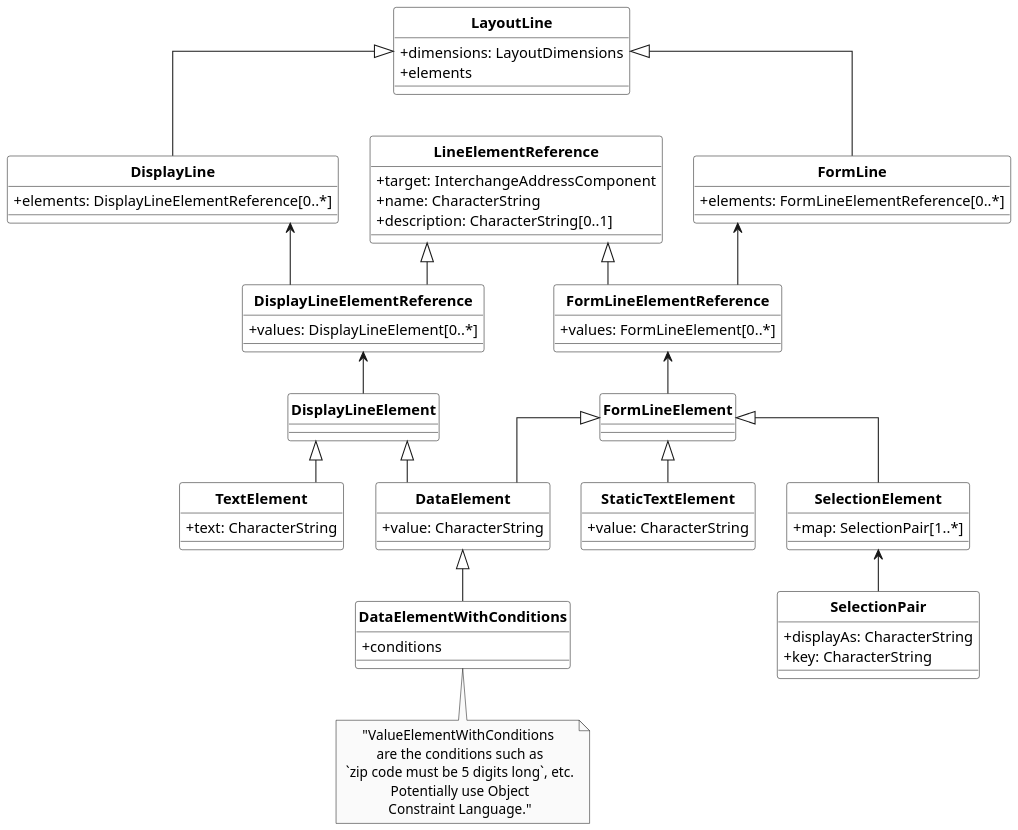
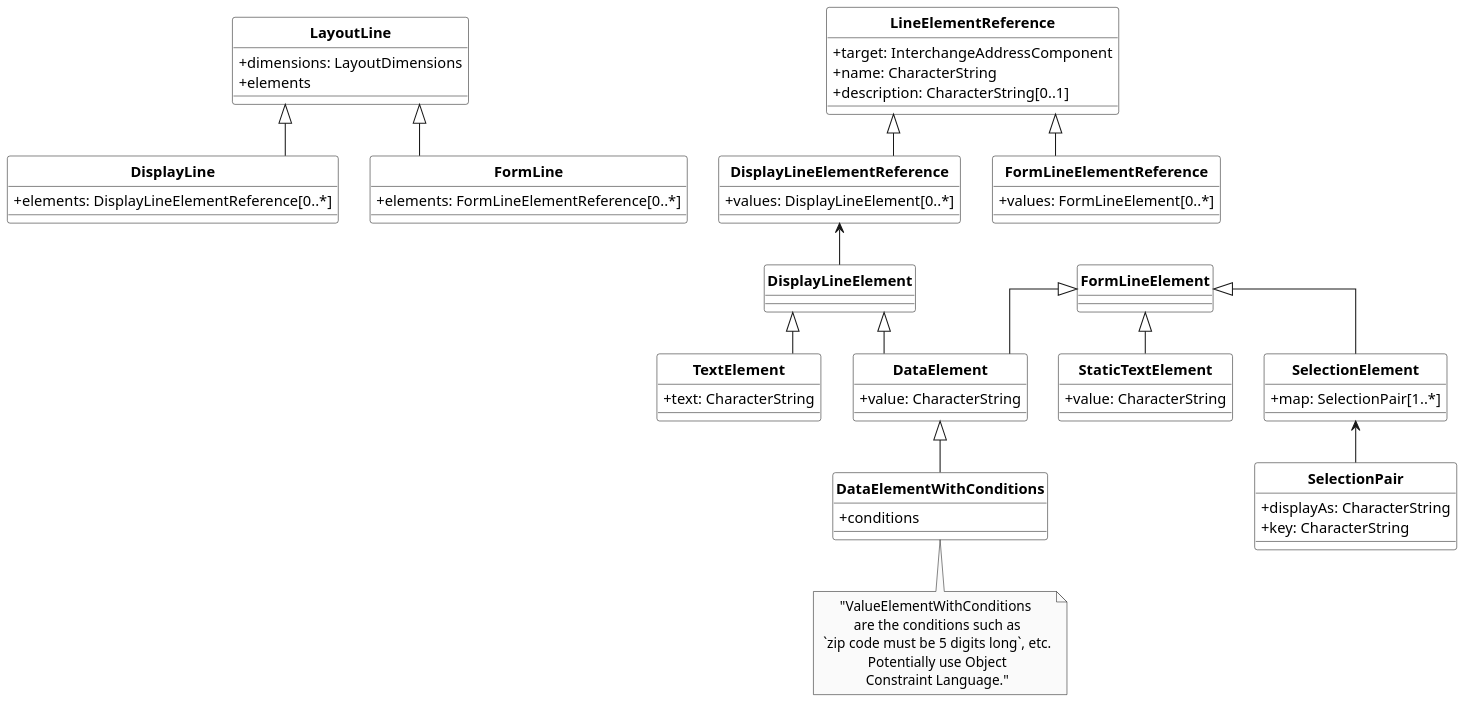
Before and after one commit to CalConnect/csd-digital-addresses: the diagram in models/LayoutLine.wsd, drawn with PlantUML. The commit also changed 6 other files, not shown here.

```diff
--- a/models/LayoutLine.wsd
+++ b/models/LayoutLine.wsd
@@ -1,134 +1,131 @@
 @startuml LayoutLine
 /'
 Diagram:        LayoutLine
 DateCreate:     03/05/2019
 Description:
 
 Hystory of changes:
 > DD/MM/YYYY
     -
     -
 '/
 
 '******* CONFIGURATION ************************************************
 skinparam classAttributeIconSize 0
 skinparam Dpi 150
 skinparam Monochrome true
 skinparam LineType ortho
 skinparam nodesep 30
 skinparam ranksep 40
 hide circle
 /' skinparam CircledCharacterRadius 0 '/
 /' skinparam CircledCharacterFontSize 0 '/
 skinparam Default {
 TextAlignment center
 FontName Helvetica
 }
 skinparam Class {
 AttributeIconSize 0
 BackgroundColor White
 FontStyle bold
 StereotypeFontSize 10
 }
 skinparam Rectangle {
 BackgroundColor White
 FontStyle bold
 FontSize 11
 StereotypeFontSize 10
 }
 skinparam Object {
 BackgroundColor White
 FontStyle bold
 FontSize 11
 StereotypeFontSize 10
 }
 
 skinparam Entity {
 StereotypeFontSize 10
 }
 
 '******* CLASS DEFINITION *********************************************
 class LayoutLine{
     +dimensions: LayoutDimensions
     +elements
 }
 
 class DisplayLine{
     +elements: DisplayLineElementReference[0..*]
 }
 
 class FormLine{
     +elements: FormLineElementReference[0..*]
 }
 
 class LineElementReference{
     +target: InterchangeAddressComponent
     +name: CharacterString
     +description: CharacterString[0..1]
 }
 
 class DisplayLineElementReference{
     +values: DisplayLineElement[0..*]
 }
 
 class FormLineElementReference{
     +values: FormLineElement[0..*]
 }
 
 class DisplayLineElement{
 
 }
 
 class FormLineElement{
 
 }
 
 class TextElement{
     +text: CharacterString
 }
 
 class DataElement{
     +value: CharacterString
 }
 
 class StaticTextElement{
     +value: CharacterString
 }
 
 class SelectionElement{
     +map: SelectionPair[1..*]
 }
 
 class SelectionPair{
     +displayAs: CharacterString
     +key: CharacterString
 }
 
 class DataElementWithConditions {
     +conditions
 }
 
 
 
 '******* NOTES ********************************************************
 note bottom of DataElementWithConditions: "ValueElementWithConditions\n are the conditions such as\n `zip code must be 5 digits long`, etc.\n Potentially use Object\n Constraint Language."
 
 '******* CLASS RELATIONS **********************************************
 LayoutLine <|-- DisplayLine
 LayoutLine <|-- FormLine
-DisplayLine <-- DisplayLineElementReference
-FormLine <-- FormLineElementReference
 LineElementReference <|-- DisplayLineElementReference
 LineElementReference <|-- FormLineElementReference
 DisplayLineElementReference <-- DisplayLineElement
-FormLineElementReference <-- FormLineElement
 DisplayLineElement <|-- TextElement
 DisplayLineElement <|-- DataElement
 FormLineElement <|-- StaticTextElement
 FormLineElement <|-- SelectionElement
 SelectionElement <-- SelectionPair
 FormLineElement <|-- DataElement
 DataElement <|-- DataElementWithConditions
 
 
 @enduml
```
